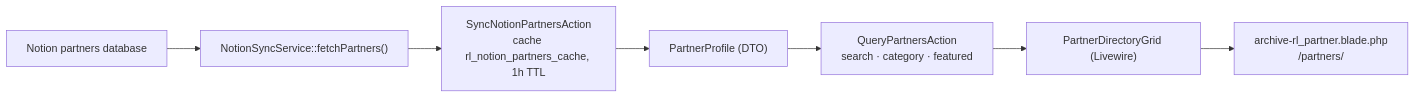
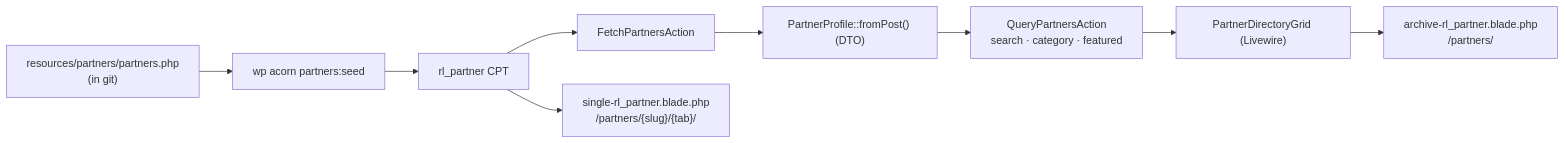
One commit to Remote-Leverage/remote-leverage-website-modernization changed the diagram in web/app/themes/remote-leverage/docs/domains/partner-hub.md. Above: the diagram before and after it, drawn with Mermaid. The commit also changed other lines of this file and 32 other files, not shown here.

Commit message:
feat: add transfer log purging and refactor Partner Hub services and actions

````diff
--- a/web/app/themes/remote-leverage/docs/domains/partner-hub.md
+++ b/web/app/themes/remote-leverage/docs/domains/partner-hub.md
@@ -54,9 +54,11 @@
 ```mermaid
 flowchart LR
-    N["Notion partners database"] --> NS["NotionSyncService::fetchPartners()"]
-    NS --> SA["SyncNotionPartnersAction<br/>cache rl_notion_partners_cache, 1h TTL"]
-    SA --> PP["PartnerProfile (DTO)"]
+    F["resources/partners/partners.php<br/>(in git)"] --> SEED["wp acorn partners:seed"]
+    SEED --> CPT["rl_partner CPT"]
+    CPT --> FA["FetchPartnersAction"]
+    FA --> PP["PartnerProfile::fromPost() (DTO)"]
     PP --> QP["QueryPartnersAction<br/>search · category · featured"]
     QP --> LW["PartnerDirectoryGrid (Livewire)"]
     LW --> ARC["archive-rl_partner.blade.php<br/>/partners/"]
+    CPT --> HUB["single-rl_partner.blade.php<br/>/partners/{slug}/{tab}/"]
 ```
````
